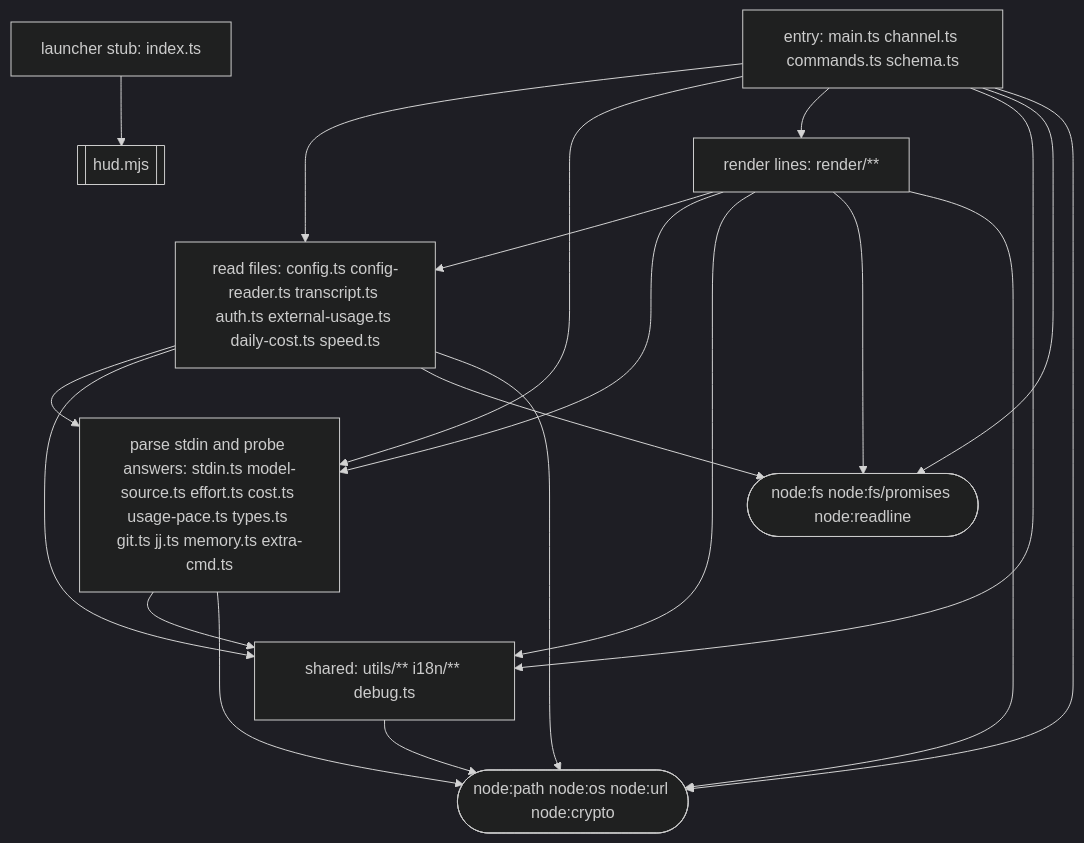
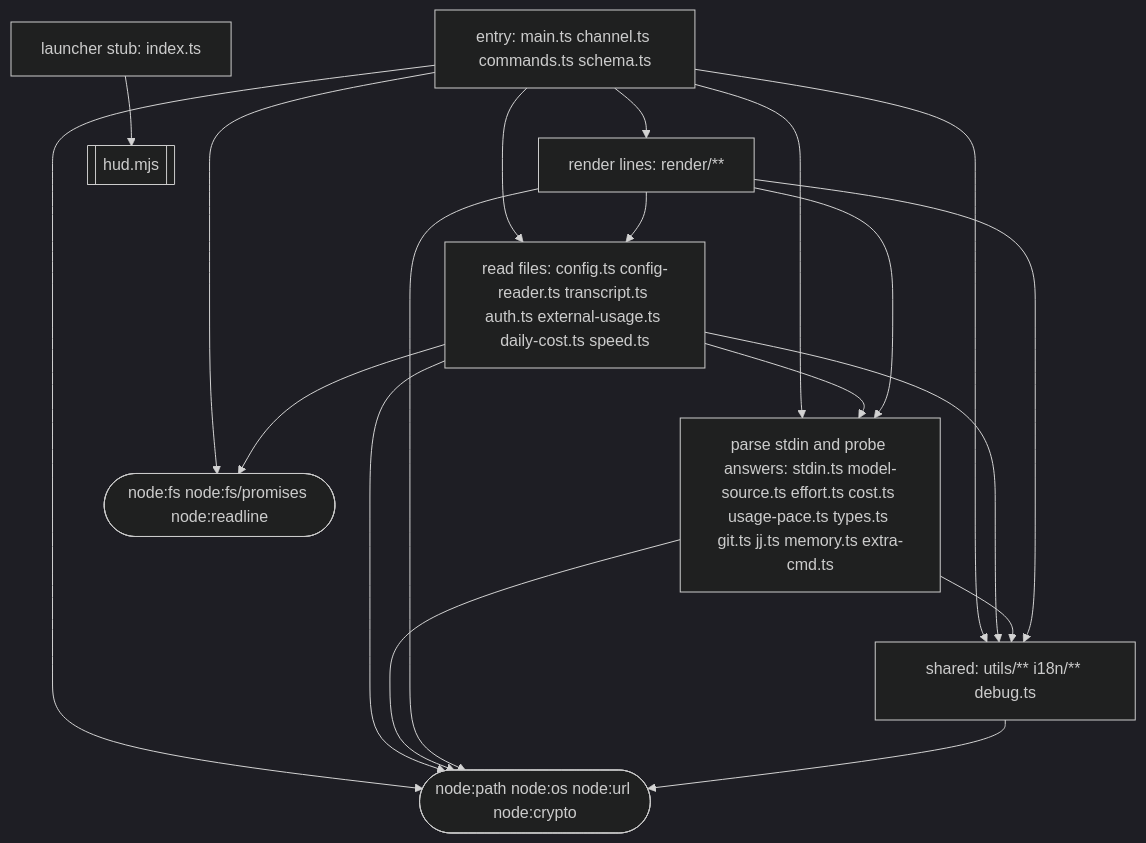
One commit to jarrodwatts/claude-hud changed the diagram in ARCHITECTURE.md. Above: the diagram before and after it, drawn with Mermaid (dark theme). The commit also changed 3 other files, not shown here.

````diff
--- a/ARCHITECTURE.md
+++ b/ARCHITECTURE.md
@@ -63,20 +63,20 @@
 ```mermaid
 flowchart TD
   stub["launcher stub: index.ts"]
   entry["entry: main.ts channel.ts commands.ts schema.ts"]
   read["read files: config.ts config-reader.ts transcript.ts auth.ts external-usage.ts daily-cost.ts speed.ts"]
   parse["parse stdin and probe answers: stdin.ts model-source.ts effort.ts cost.ts usage-pace.ts types.ts git.ts jj.ts memory.ts extra-cmd.ts"]
   render["render lines: render/**"]
   shared["shared: utils/** i18n/** debug.ts"]
 
   hud[["hud.mjs"]]
   fsio(["node:fs node:fs/promises node:readline"])
   host(["node:path node:os node:url node:crypto"])
 
   stub --> hud
   entry --> read & parse & render & shared & fsio & host
   read --> parse & shared & fsio & host
   parse --> shared & host
-  render --> read & parse & shared & fsio & host
+  render --> read & parse & shared & host
   shared --> host
 ```
````
